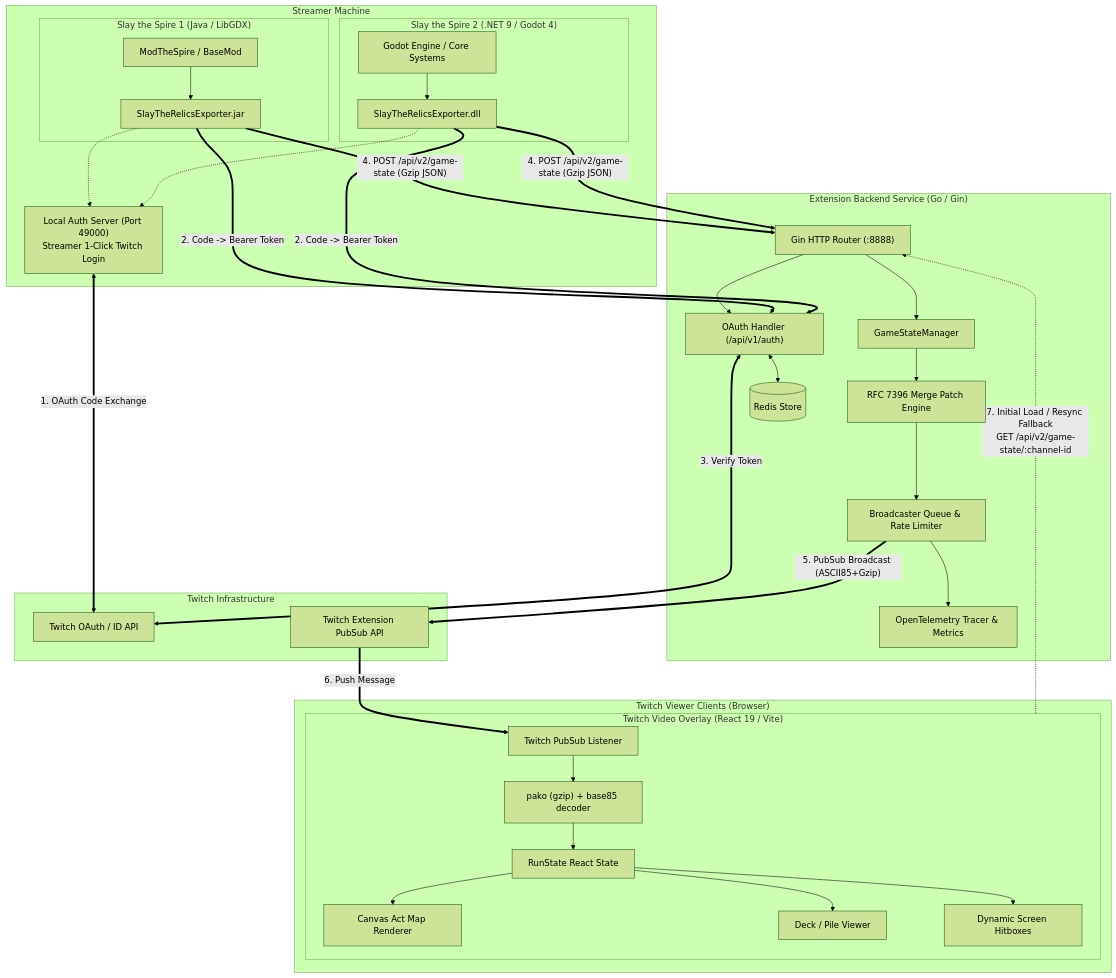
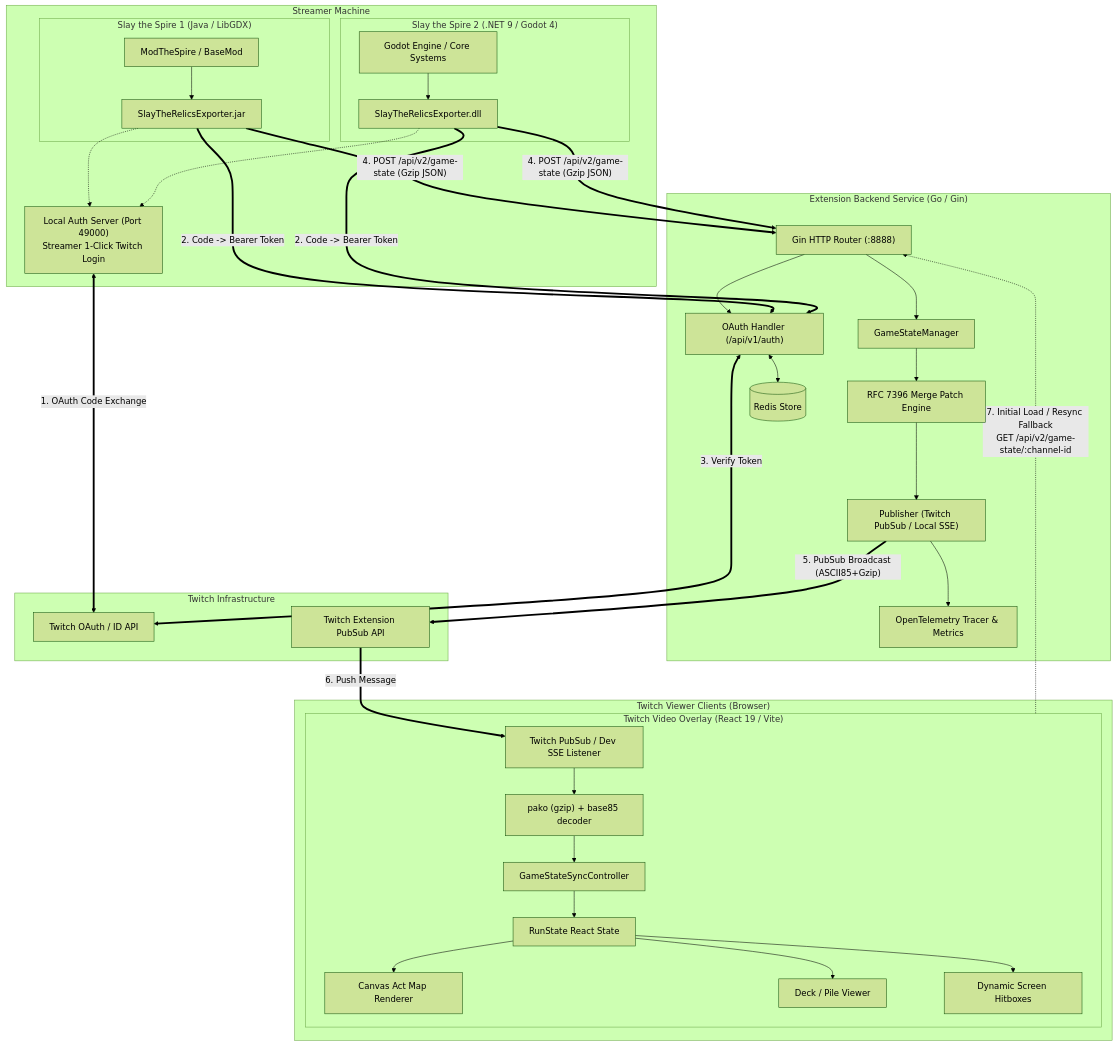
Before and after one commit to Spireblight/slay-the-relics: the diagram in ARCHITECTURE.md, drawn with Mermaid (forest theme). The commit also changed other lines of this file, not shown here.

````diff
--- a/ARCHITECTURE.md
+++ b/ARCHITECTURE.md
@@ -17,71 +17,72 @@
 ```mermaid
 flowchart TD
     subgraph StreamerGame["Streamer Machine"]
         subgraph STS1["Slay the Spire 1 (Java / LibGDX)"]
             MTS["ModTheSpire / BaseMod"]
             STS1_Mod["SlayTheRelicsExporter.jar"]
             MTS --> STS1_Mod
         end
 
         subgraph STS2["Slay the Spire 2 (.NET 9 / Godot 4)"]
             GodotEngine["Godot Engine / Core Systems"]
             STS2_Mod["SlayTheRelicsExporter.dll"]
             GodotEngine --> STS2_Mod
         end
 
         OAuthLocal["Local Auth Server (Port 49000)<br/>Streamer 1-Click Twitch Login"]
         STS1_Mod -.-> OAuthLocal
         STS2_Mod -.-> OAuthLocal
     end
 
     subgraph EBS["Extension Backend Service (Go / Gin)"]
         API["Gin HTTP Router (:8888)"]
         AuthModule["OAuth Handler (/api/v1/auth)"]
         StateMgr["GameStateManager"]
         DiffEngine["RFC 7396 Merge Patch Engine"]
-        BroadcasterQueue["Broadcaster Queue & Rate Limiter"]
+        Publisher["Publisher (Twitch PubSub / Local SSE)"]
         Redis[(Redis Store)]
         OTel["OpenTelemetry Tracer & Metrics"]
 
         API --> AuthModule
         API --> StateMgr
         AuthModule <--> Redis
         StateMgr --> DiffEngine
-        DiffEngine --> BroadcasterQueue
-        BroadcasterQueue --> OTel
+        DiffEngine --> Publisher
+        Publisher --> OTel
     end
 
     subgraph TwitchInfra["Twitch Infrastructure"]
         TwitchOAuth["Twitch OAuth / ID API"]
         TwitchPubSub["Twitch Extension PubSub API"]
     end
 
     subgraph Viewers["Twitch Viewer Clients (Browser)"]
         subgraph Extension["Twitch Video Overlay (React 19 / Vite)"]
-            PubSubListener["Twitch PubSub Listener"]
+            PubSubListener["Twitch PubSub / Dev SSE Listener"]
             Decompressor["pako (gzip) + base85 decoder"]
+            SyncCtrl["GameStateSyncController"]
             StateStore["RunState React State"]
             MapCanvas["Canvas Act Map Renderer"]
             DeckModal["Deck / Pile Viewer"]
             HitboxOverlay["Dynamic Screen Hitboxes"]
 
-            PubSubListener --> Decompressor --> StateStore
+            PubSubListener --> Decompressor --> SyncCtrl --> StateStore
             StateStore --> MapCanvas
             StateStore --> DeckModal
             StateStore --> HitboxOverlay
         end
     end
 
     %% Auth Flow
     OAuthLocal <==>|"1. OAuth Code Exchange"| TwitchOAuth
     STS1_Mod & STS2_Mod ==>|"2. Code -> Bearer Token"| AuthModule
     AuthModule <==>|"3. Verify Token"| TwitchOAuth
 
     %% Streaming Flow
     STS1_Mod & STS2_Mod ==>|"4. POST /api/v2/game-state (Gzip JSON)"| API
-    BroadcasterQueue ==>|"5. PubSub Broadcast (ASCII85+Gzip)"| TwitchPubSub
+    Publisher ==>|"5. PubSub Broadcast (ASCII85+Gzip)"| TwitchPubSub
     TwitchPubSub ==>|"6. Push Message"| PubSubListener
 
     %% Snapshot Recovery Flow
     Extension -.->|"7. Initial Load / Resync Fallback<br/>GET /api/v2/game-state/:channel-id"| API
 ```
````
